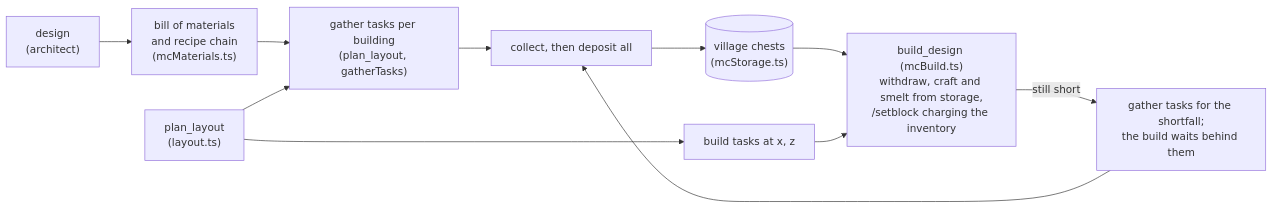
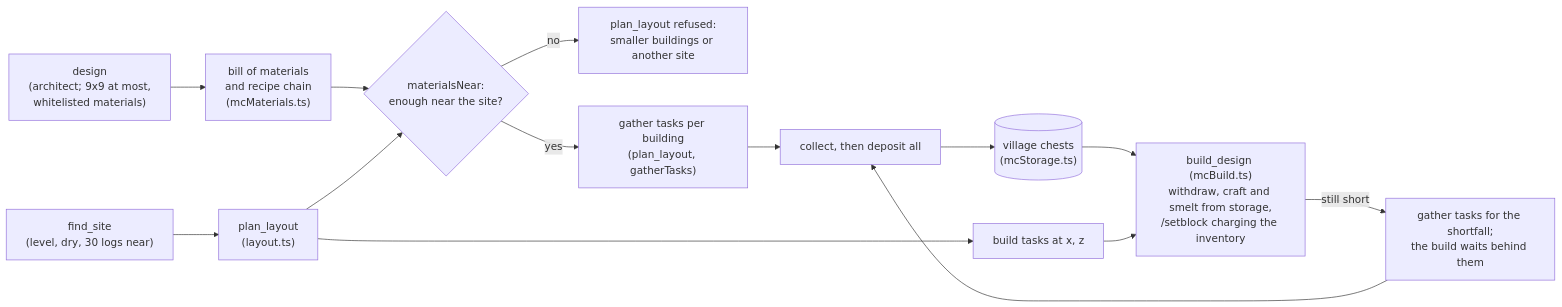
Before and after one commit to delphium226/MCAISandbox: diagram 12 of 12 in docs/ARCHITECTURE.md, drawn with Mermaid. The commit also changed other lines of this file and 1 other file, not shown here.

First line of the commit message:
README and ARCHITECTURE.md: the survival village as it works after phase 1 (plan step 1.6)

````diff
--- a/docs/ARCHITECTURE.md
+++ b/docs/ARCHITECTURE.md
@@ -418,13 +474,16 @@
 ```mermaid
 flowchart LR
-  design["design<br/>(architect)"] --> bom["bill of materials<br/>and recipe chain<br/>(mcMaterials.ts)"]
-  bom --> tasks["gather tasks per building<br/>(plan_layout, gatherTasks)"]
-  layout["plan_layout<br/>(layout.ts)"] --> tasks
+  site["find_site<br/>(level, dry, 30 logs near)"] --> layout
+  design["design<br/>(architect; 9x9 at most,<br/>whitelisted materials)"] --> bom["bill of materials<br/>and recipe chain<br/>(mcMaterials.ts)"]
+  bom --> near{"materialsNear:<br/>enough near the site?"}
+  near -- no --> refuse["plan_layout refused:<br/>smaller buildings or another site"]
+  near -- yes --> tasks["gather tasks per building<br/>(plan_layout, gatherTasks)"]
+  layout["plan_layout<br/>(layout.ts)"] --> near
   layout --> buildtask["build tasks at x, z"]
   tasks --> collect["collect, then deposit all"]
   collect --> storage[("village chests<br/>(mcStorage.ts)")]
   storage --> build["build_design (mcBuild.ts)<br/>withdraw, craft and smelt from storage,<br/>/setblock charging the inventory"]
   buildtask --> build
   build -- "still short" --> requeue["gather tasks for the shortfall;<br/>the build waits behind them"]
   requeue --> collect
 ```
````
